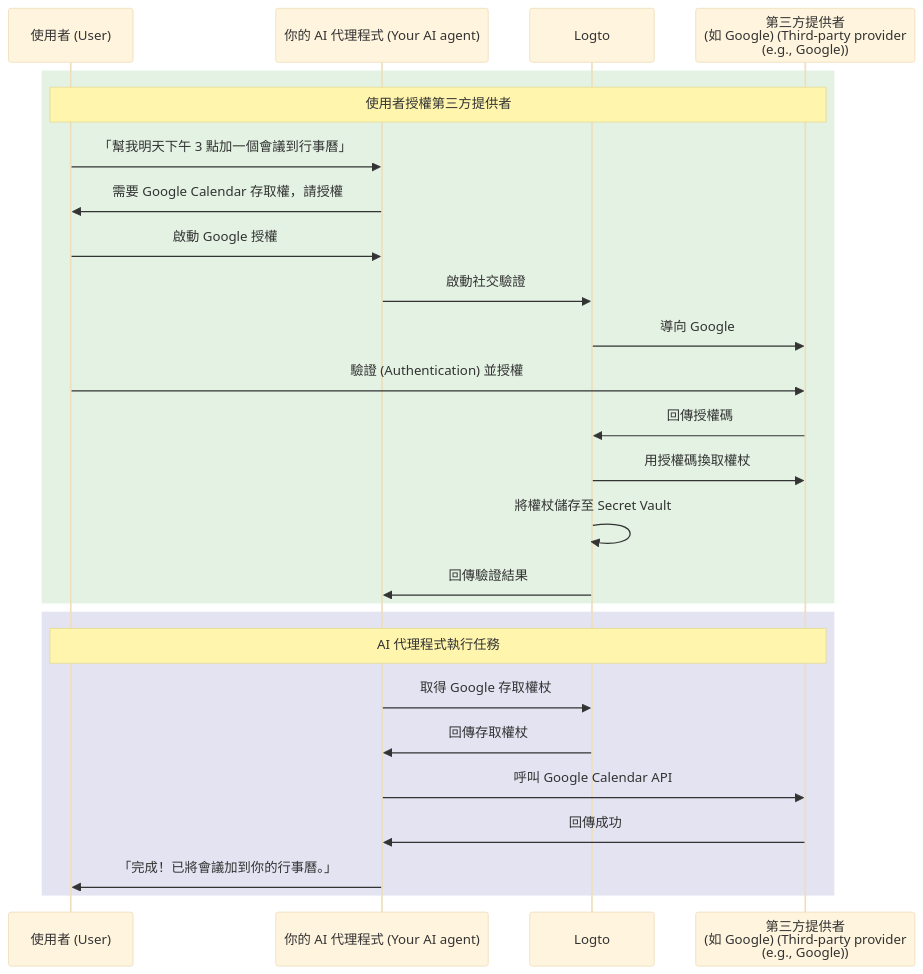
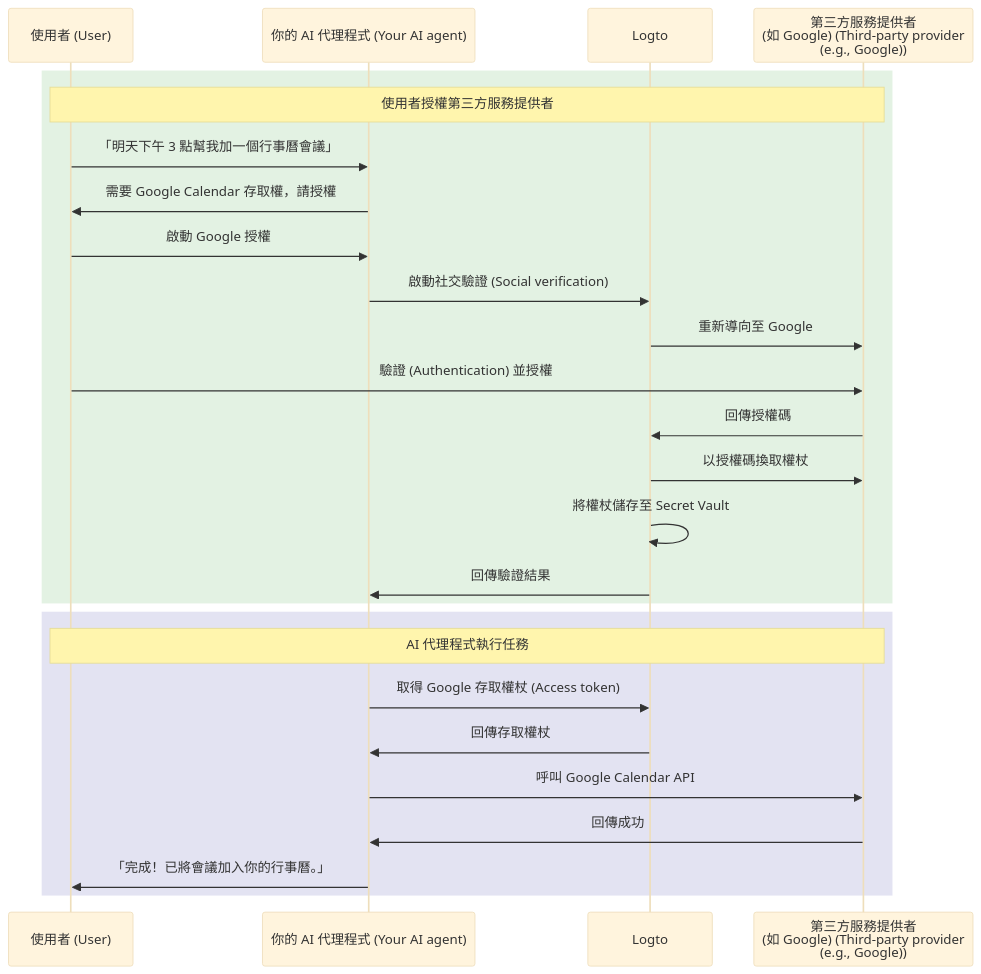
One commit to logto-io/docs changed the diagram in i18n/zh-TW/docusaurus-plugin-content-docs/current/use-cases/ai/connect-your-agent-to-third-party-apis.mdx. Above: the diagram before and after it, drawn with Mermaid (base theme). The commit also changed other lines of this file and 89 other files, not shown here.

````diff
--- a/i18n/zh-TW/docusaurus-plugin-content-docs/current/use-cases/ai/connect-your-agent-to-third-party-apis.mdx
+++ b/i18n/zh-TW/docusaurus-plugin-content-docs/current/use-cases/ai/connect-your-agent-to-third-party-apis.mdx
@@ -32,30 +36,30 @@
 ```mermaid
 sequenceDiagram
     participant User as 使用者 (User)
     participant Agent as 你的 AI 代理程式 (Your AI agent)
     participant Logto
-    participant Google as 第三方提供者<br/>(如 Google) (Third-party provider<br/>(e.g., Google))
+    participant Google as 第三方服務提供者<br/>(如 Google) (Third-party provider<br/>(e.g., Google))
 
     rect rgba(200, 230, 200, 0.5)
-        Note over User, Google: 使用者授權第三方提供者
-        User->>Agent: 「幫我明天下午 3 點加一個會議到行事曆」
+        Note over User, Google: 使用者授權第三方服務提供者
+        User->>Agent: 「明天下午 3 點幫我加一個行事曆會議」
         Agent->>User: 需要 Google Calendar 存取權，請授權
         User->>Agent: 啟動 Google 授權
-        Agent->>Logto: 啟動社交驗證
-        Logto->>Google: 導向 Google
+        Agent->>Logto: 啟動社交驗證 (Social verification)
+        Logto->>Google: 重新導向至 Google
         User->>Google: 驗證 (Authentication) 並授權
         Google->>Logto: 回傳授權碼
-        Logto->>Google: 用授權碼換取權杖
+        Logto->>Google: 以授權碼換取權杖
         Logto->>Logto: 將權杖儲存至 Secret Vault
         Logto->>Agent: 回傳驗證結果
     end
 
     rect rgba(200, 200, 230, 0.5)
         Note over User, Google: AI 代理程式執行任務
-        Agent->>Logto: 取得 Google 存取權杖
+        Agent->>Logto: 取得 Google 存取權杖 (Access token)
         Logto->>Agent: 回傳存取權杖
         Agent->>Google: 呼叫 Google Calendar API
         Google->>Agent: 回傳成功
-        Agent->>User: 「完成！已將會議加到你的行事曆。」
+        Agent->>User: 「完成！已將會議加入你的行事曆。」
     end
 ```
````
